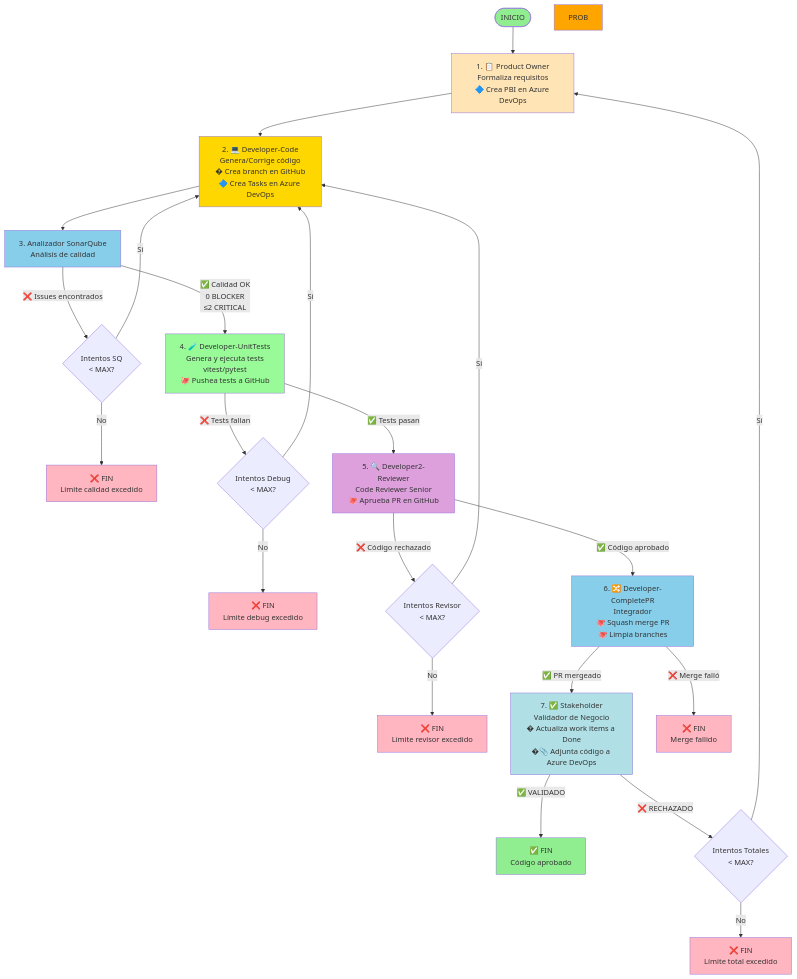
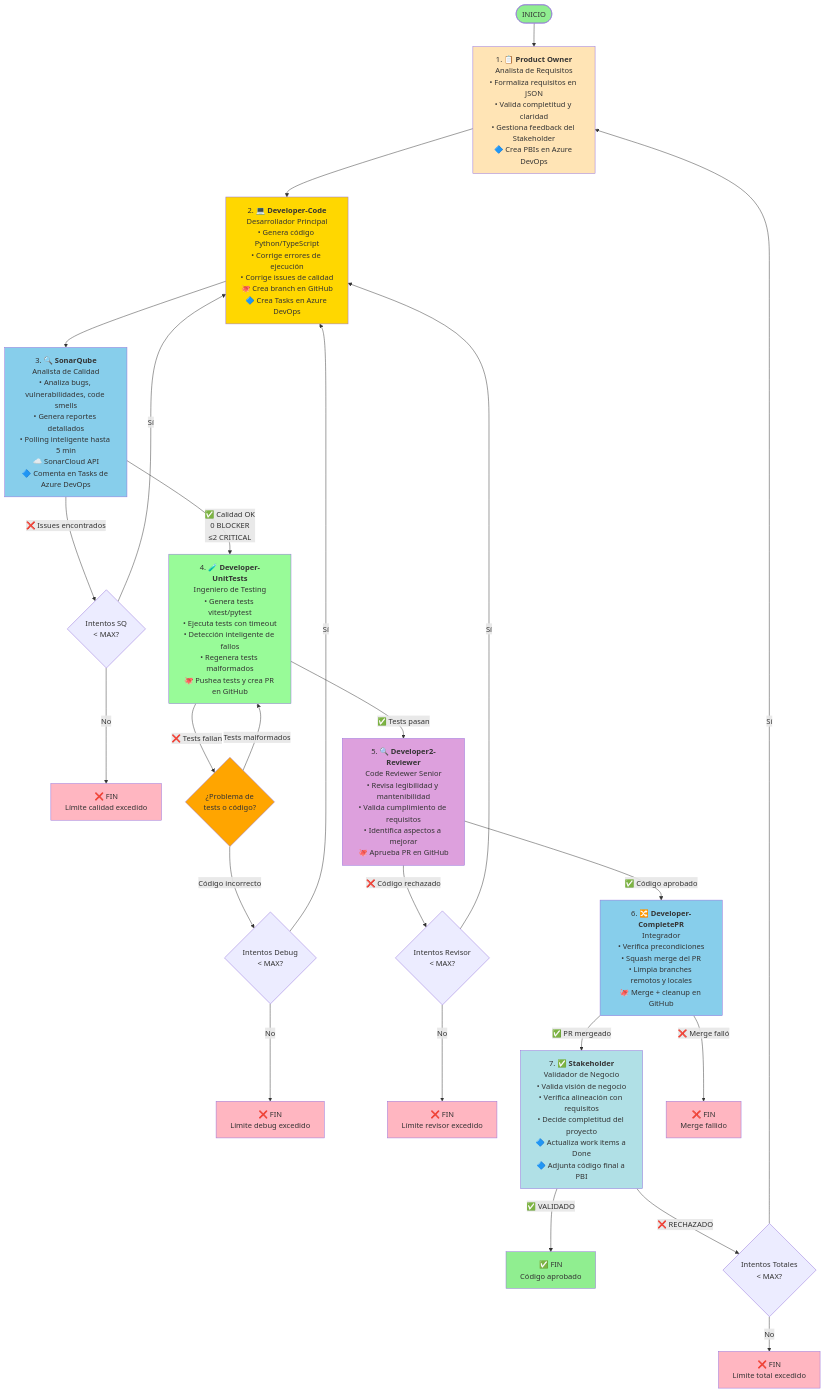
One commit to DavidVelazquezBernal/Capstone-proyect changed the diagram in FLOW_DIAGRAM.md. Above: the diagram before and after it, drawn with Mermaid. The commit also changed other lines of this file and 4 other files, not shown here.

First line of the commit message:
``` docs: Actualizar documentación con detección inteligente de fallos en tests y eliminar imágenes obsoletas del diagrama de flujo

````diff
--- a/FLOW_DIAGRAM.md
+++ b/FLOW_DIAGRAM.md
@@ -17,46 +17,49 @@
 ```mermaid
 graph TD
-    START([INICIO]) --> PO[1. 📋 Product Owner<br/>Formaliza requisitos<br/>🔷 Crea PBI en Azure DevOps]
-    PO --> DEV[2. 💻 Developer-Code<br/>Genera/Corrige código<br/>� Crea branch en GitHub<br/>🔷 Crea Tasks en Azure DevOps]
+    START([INICIO]) --> PO[1. 📋 <b>Product Owner</b><br/>Analista de Requisitos<br/>• Formaliza requisitos en JSON<br/>• Valida completitud y claridad<br/>• Gestiona feedback del Stakeholder<br/>🔷 Crea PBIs en Azure DevOps]
     
-    DEV --> SQ[3. Analizador SonarQube<br/>Análisis de calidad]
+    PO --> DEV[2. 💻 <b>Developer-Code</b><br/>Desarrollador Principal<br/>• Genera código Python/TypeScript<br/>• Corrige errores de ejecución<br/>• Corrige issues de calidad<br/>🐙 Crea branch en GitHub<br/>🔷 Crea Tasks en Azure DevOps]
     
-    SQ -->|✅ Calidad OK<br/>0 BLOCKER<br/>≤2 CRITICAL| GUT[4. 🧪 Developer-UnitTests<br/>Genera y ejecuta tests<br/>vitest/pytest<br/>🐙 Pushea tests a GitHub]
+    DEV --> SQ[3. 🔍 <b>SonarQube</b><br/>Analista de Calidad<br/>• Analiza bugs, vulnerabilidades, code smells<br/>• Genera reportes detallados<br/>• Polling inteligente hasta 5 min<br/>☁️ SonarCloud API<br/>🔷 Comenta en Tasks de Azure DevOps]
+    
+    SQ -->|✅ Calidad OK<br/>0 BLOCKER<br/>≤2 CRITICAL| GUT[4. 🧪 <b>Developer-UnitTests</b><br/>Ingeniero de Testing<br/>• Genera tests vitest/pytest<br/>• Ejecuta tests con timeout<br/>• Detección inteligente de fallos<br/>• Regenera tests malformados<br/>🐙 Pushea tests y crea PR en GitHub]
     SQ -->|❌ Issues encontrados| SQCHECK{Intentos SQ<br/>< MAX?}
     SQCHECK -->|Sí| DEV
     SQCHECK -->|No| ENDLIMIT1[❌ FIN<br/>Límite calidad excedido]
     
-    GUT -->|✅ Tests pasan| REV[5. 🔍 Developer2-Reviewer<br/>Code Reviewer Senior<br/>🐙 Aprueba PR en GitHub]
-    GUT -->|❌ Tests fallan| DEBUGCHECK{Intentos Debug<br/>< MAX?}
+    GUT -->|✅ Tests pasan| REV[5. 🔍 <b>Developer2-Reviewer</b><br/>Code Reviewer Senior<br/>• Revisa legibilidad y mantenibilidad<br/>• Valida cumplimiento de requisitos<br/>• Identifica aspectos a mejorar<br/>🐙 Aprueba PR en GitHub]
+    GUT -->|❌ Tests fallan| TESTCHECK{¿Problema de<br/>tests o código?}
+    TESTCHECK -->|Tests malformados| GUT
+    TESTCHECK -->|Código incorrecto| DEBUGCHECK{Intentos Debug<br/>< MAX?}
     DEBUGCHECK -->|Sí| DEV
     DEBUGCHECK -->|No| ENDLIMIT2[❌ FIN<br/>Límite debug excedido]
     
-    REV -->|✅ Código aprobado| MERGE[6. 🔀 Developer-CompletePR<br/>Integrador<br/>🐙 Squash merge PR<br/>🐙 Limpia branches]
+    REV -->|✅ Código aprobado| MERGE[6. 🔀 <b>Developer-CompletePR</b><br/>Integrador<br/>• Verifica precondiciones<br/>• Squash merge del PR<br/>• Limpia branches remotos y locales<br/>🐙 Merge + cleanup en GitHub]
     REV -->|❌ Código rechazado| REVCHECK{Intentos Revisor<br/>< MAX?}
     REVCHECK -->|Sí| DEV
     REVCHECK -->|No| ENDLIMIT3[❌ FIN<br/>Límite revisor excedido]
     
-    MERGE -->|✅ PR mergeado| SH[7. ✅ Stakeholder<br/>Validador de Negocio<br/>� Actualiza work items a Done<br/>�📎 Adjunta código a Azure DevOps]
+    MERGE -->|✅ PR mergeado| SH[7. ✅ <b>Stakeholder</b><br/>Validador de Negocio<br/>• Valida visión de negocio<br/>• Verifica alineación con requisitos<br/>• Decide completitud del proyecto<br/>🔷 Actualiza work items a Done<br/>🔷 Adjunta código final a PBI]
     MERGE -->|❌ Merge falló| ENDLIMIT4[❌ FIN<br/>Merge fallido]
     
     SH -->|✅ VALIDADO| ENDSUCCESS[✅ FIN<br/>Código aprobado]
     SH -->|❌ RECHAZADO| ATTEMPTCHECK{Intentos Totales<br/>< MAX?}
     ATTEMPTCHECK -->|Sí| PO
     ATTEMPTCHECK -->|No| ENDFINAL[❌ FIN<br/>Límite total excedido]
     
     style START fill:#90EE90
     style ENDSUCCESS fill:#90EE90
     style ENDLIMIT1 fill:#FFB6C1
     style ENDLIMIT2 fill:#FFB6C1
     style ENDLIMIT3 fill:#FFB6C1
     style ENDLIMIT4 fill:#FFB6C1
     style ENDFINAL fill:#FFB6C1
     style SQ fill:#87CEEB
     style GUT fill:#98FB98
     style DEV fill:#FFD700
-    style PROB fill:#FFA500
+    style TESTCHECK fill:#FFA500
     style REV fill:#DDA0DD
     style MERGE fill:#87CEEB
     style SH fill:#B0E0E6
     style PO fill:#FFE4B5
 ```
````
